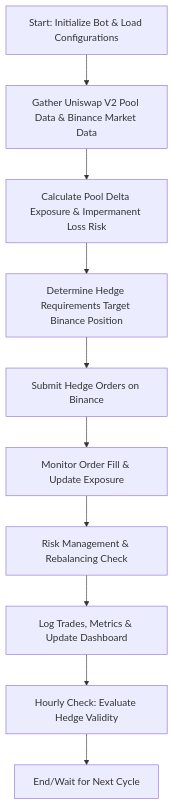
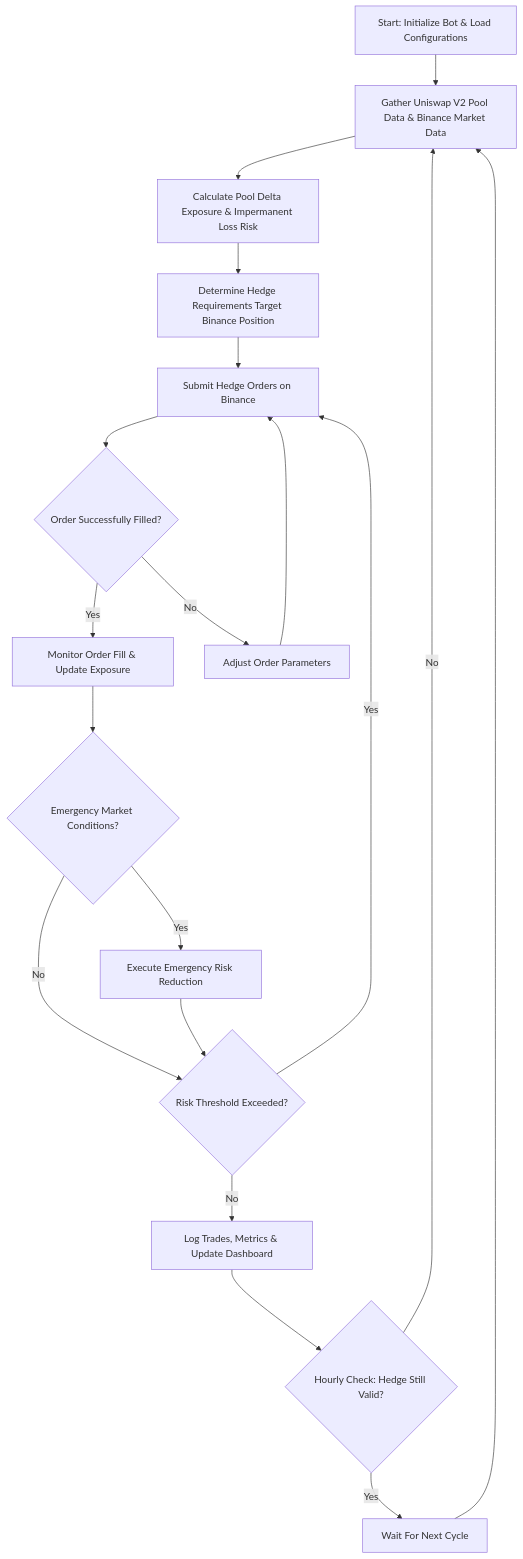
Before and after one commit to akerbabber/LPxFutures-backtest: the diagram in flowchart.md, drawn with Mermaid.

Commit message:
Refactor flowchart to include risk management and emergency conditions checks

````diff
--- a/flowchart.md
+++ b/flowchart.md
@@ -1,23 +1,46 @@
 ```mermaid
 flowchart TD
     A[Start: Initialize Bot & Load Configurations]
     B[Gather Uniswap V2 Pool Data & Binance Market Data]
     C[Calculate Pool Delta Exposure & Impermanent Loss Risk]
     D[Determine Hedge Requirements Target Binance Position]
+    
     E[Submit Hedge Orders on Binance]
     F[Monitor Order Fill & Update Exposure]
-    G[Risk Management & Rebalancing Check]
+    
+    G{Risk Threshold Exceeded?}
     H[Log Trades, Metrics & Update Dashboard]
-    L[Hourly Check: Evaluate Hedge Validity]
-    K[End/Wait for Next Cycle]
+    
+    L{Hourly Check: Hedge Still Valid?}
+    M[Wait For Next Cycle]
+    
+    N{Order Successfully Filled?}
+    O[Adjust Order Parameters]
+    
+    P{Emergency Market Conditions?}
+    Q[Execute Emergency Risk Reduction]
     
     A --> B
     B --> C
     C --> D
     D --> E
-    E --> F
-    F --> G
-    G --> H
+    E --> N
+    
+    N -->|Yes| F
+    N -->|No| O
+    O --> E
+    
+    F --> P
+    P -->|Yes| Q
+    P -->|No| G
+    Q --> G
+    
+    G -->|Yes| E
+    G -->|No| H
+    
     H --> L
-    L --> K
+    L -->|Yes| M
+    L -->|No| B
+    
+    M --> B
 ```
````
